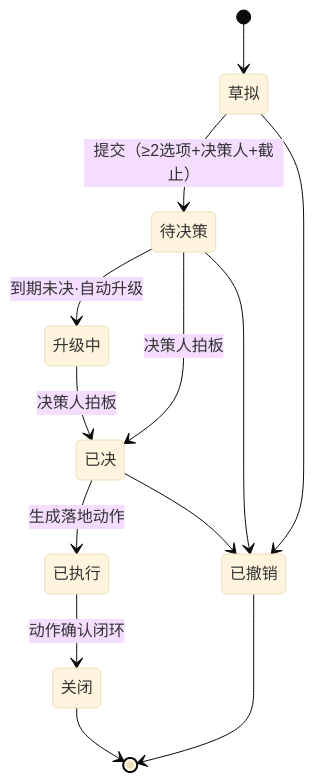
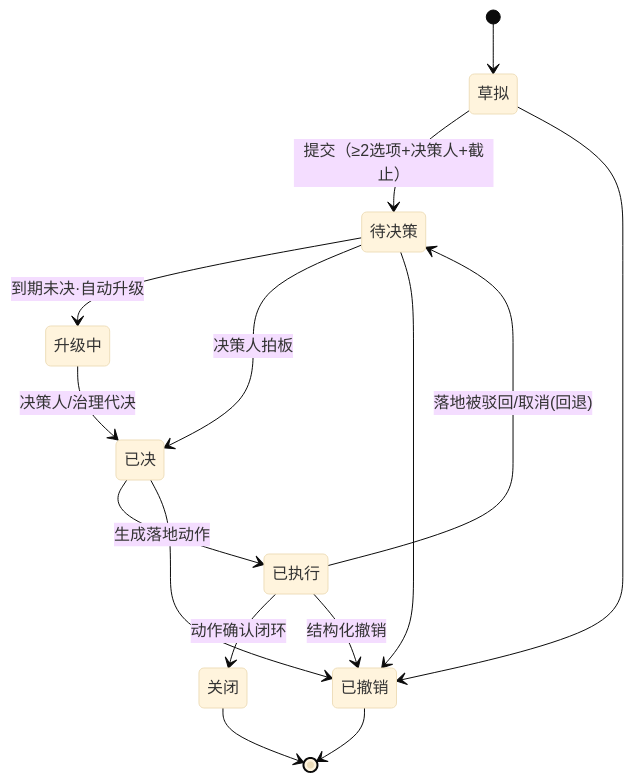
One commit to lengfengng1-ai-architect/pmsi changed the fourth of 9 diagrams in docs/07-产品架构图.md. Above: the diagram before and after it, drawn with Mermaid (base theme). The commit also changed other lines of this file and 11 other files, not shown here.

````diff
--- a/docs/07-产品架构图.md
+++ b/docs/07-产品架构图.md
@@ -127,15 +116,17 @@
 ```mermaid
 stateDiagram-v2
     [*] --> 草拟
     草拟 --> 待决策: 提交（≥2选项+决策人+截止）
     待决策 --> 升级中: 到期未决·自动升级
     待决策 --> 已决: 决策人拍板
-    升级中 --> 已决: 决策人拍板
+    升级中 --> 已决: 决策人/治理代决
     已决 --> 已执行: 生成落地动作
     已执行 --> 关闭: 动作确认闭环
+    已执行 --> 待决策: 落地被驳回/取消(回退)
     草拟 --> 已撤销
     待决策 --> 已撤销
     已决 --> 已撤销
+    已执行 --> 已撤销: 结构化撤销
     关闭 --> [*]
     已撤销 --> [*]
 ```
````
